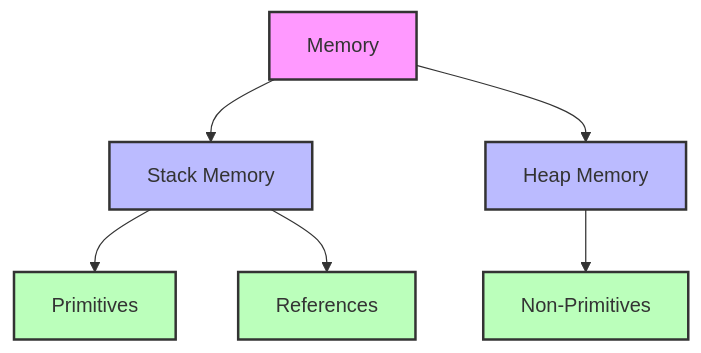
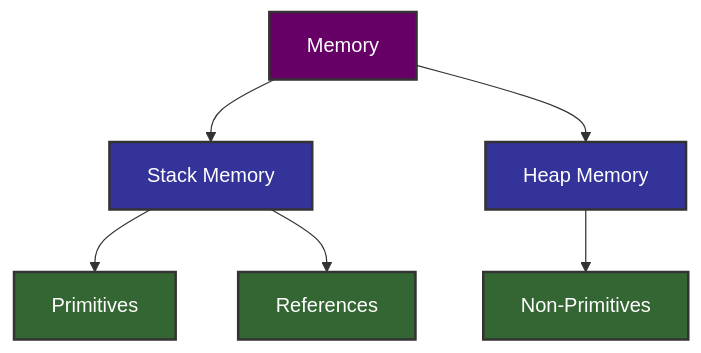
One commit to uandersonferreira/java-oracle-course changed the second of 5 diagrams in src/br/com/uanderson/java-oracle-section-01.md. Above: the diagram before and after it, drawn with Mermaid. The commit also changed other lines of this file and 43 other files, not shown here.

````diff
--- a/src/br/com/uanderson/java-oracle-section-01.md
+++ b/src/br/com/uanderson/java-oracle-section-01.md
@@ -64,17 +64,18 @@
 ```mermaid
 graph TD
   A[Memory] --> B[Stack Memory]
-  A[Memory] --> C[Heap Memory ]
+  A[Memory] --> C[Heap Memory]
 
-  B --> D[Primitives ]
-  B --> E[References ]
+  B --> D[Primitives]
+  B --> E[References]
 
   C --> F[Non-Primitives]
 
-  style A fill:#f9f,stroke:#333,stroke-width:2px
-  style B fill:#bbf,stroke:#333,stroke-width:2px
-  style C fill:#bbf,stroke:#333,stroke-width:2px
-  style D fill:#bfb,stroke:#333,stroke-width:2px
-  style E fill:#bfb,stroke:#333,stroke-width:2px
-  style F fill:#bfb,stroke:#333,stroke-width:2px
+  style A fill:#660066,stroke:#333,stroke-width:2px,color:#fff
+  style B fill:#333399,stroke:#333,stroke-width:2px,color:#fff
+  style C fill:#333399,stroke:#333,stroke-width:2px,color:#fff
+  style D fill:#336633,stroke:#333,stroke-width:2px,color:#fff
+  style E fill:#336633,stroke:#333,stroke-width:2px,color:#fff
+  style F fill:#336633,stroke:#333,stroke-width:2px,color:#fff
+
 ```
````
